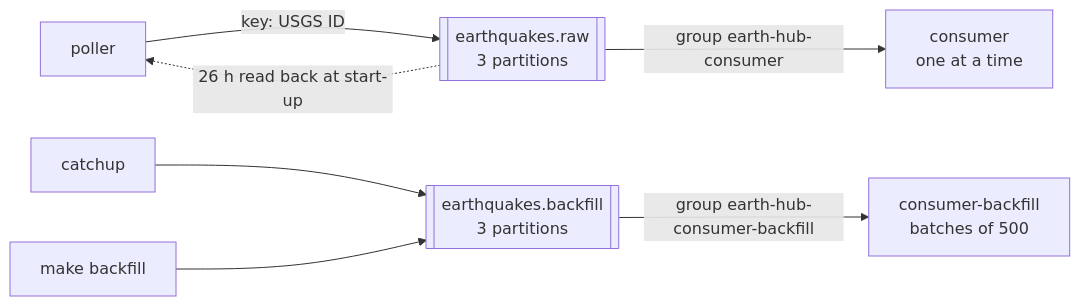
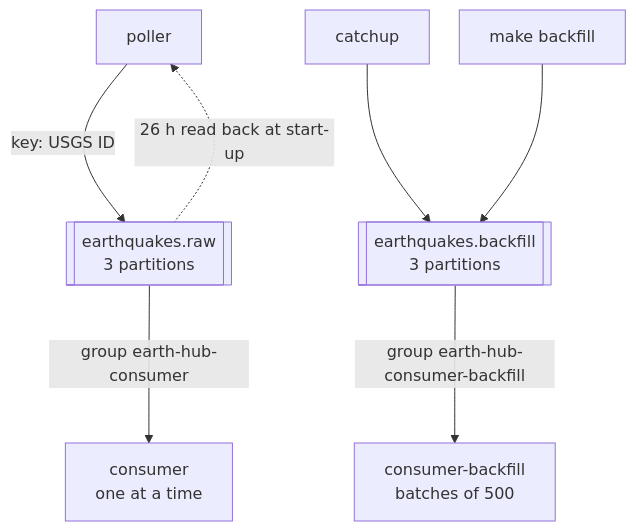
Before and after one commit to dienarvaez1/earth-hub: the second of 8 diagrams in docs/technical/architecture.md, drawn with Mermaid. The commit also changed other lines of this file and 26 other files, not shown here.

````diff
--- a/docs/technical/architecture.md
+++ b/docs/technical/architecture.md
@@ -88,9 +96,10 @@
 ```mermaid
-flowchart LR
+%%{init: {"flowchart": {"rankSpacing": 110, "nodeSpacing": 30}}}%%
+flowchart TB
     poller["poller"] -- "key: USGS ID" --> raw[["earthquakes.raw<br/>3 partitions"]]
     catchup["catchup"] --> bf[["earthquakes.backfill<br/>3 partitions"]]
     backfill["make backfill"] --> bf
     raw -- "group earth-hub-consumer" --> consumer["consumer<br/>one at a time"]
     bf -- "group earth-hub-consumer-backfill" --> consumerbf["consumer-backfill<br/>batches of 500"]
     raw -. "26 h read back at start-up" .-> poller
 ```
````
